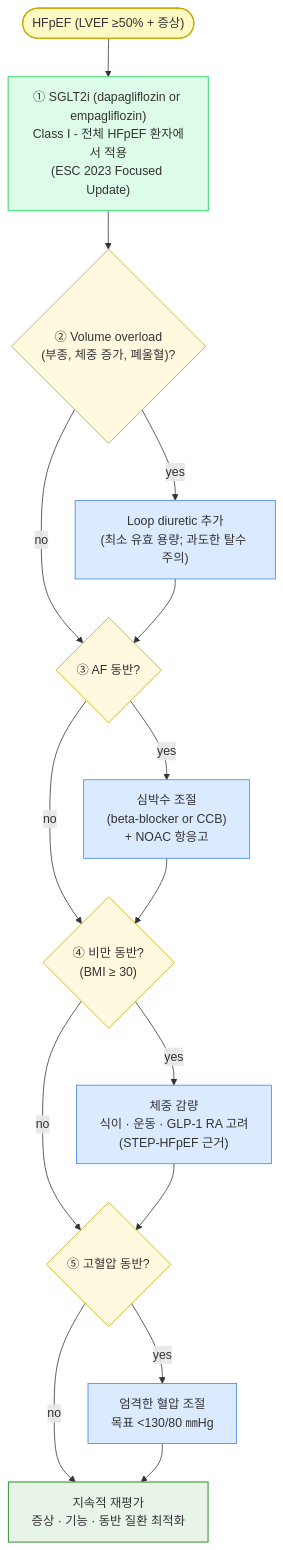
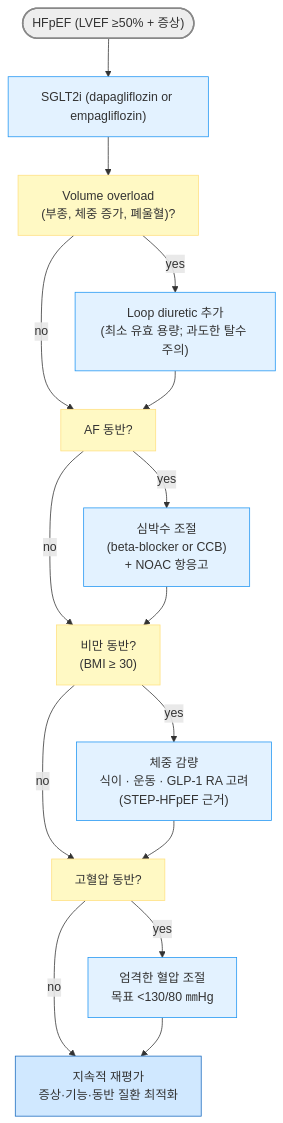
Before and after one commit to familyoh77/familyoh77: the sixth of 6 diagrams in 225_/098_-heart-failure.md, drawn with Mermaid. The commit also changed other lines of this file, not shown here.

````diff
--- a/225_/098_-heart-failure.md
+++ b/225_/098_-heart-failure.md
@@ -364,50 +364,40 @@
 ```mermaid
 flowchart TD
     START(["HFpEF (LVEF ≥50% + 증상)"])
-    style START fill:#fef9c3,stroke:#c8a800,stroke-width:1.5px
+    style START fill:#eeeeee,stroke:#888888,stroke-width:2px
+    SGLT2["SGLT2i (dapagliflozin or empagliflozin)"]
+    VOLUME["Volume overload\n(부종, 체중 증가, 폐울혈)?"]
+    DIURETIC["Loop diuretic 추가\n(최소 유효 용량; 과도한 탈수 주의)"]
 
-    SGLT2["① SGLT2i (dapagliflozin or empagliflozin)\nClass I - 전체 HFpEF 환자에서 적용\n(ESC 2023 Focused Update)"]
-    style SGLT2 fill:#dcfce7,stroke:#4ade80,stroke-width:1.5px
-
-    VOLUME{"② Volume overload\n(부종, 체중 증가, 폐울혈)?"}
-    style VOLUME fill:#fff9e0,stroke:#c8a800,stroke-width:1px
-
-    DIURETIC["Loop diuretic 추가\n(최소 유효 용량; 과도한 탈수 주의)"]
-    style DIURETIC fill:#dbeafe,stroke:#3b82f6,stroke-width:1px
-
-    AF{"③ AF 동반?"}
-    style AF fill:#fff9e0,stroke:#c8a800,stroke-width:1px
+    AF["AF 동반?"]
 
     RATE["심박수 조절\n(beta-blocker or CCB)\n+ NOAC 항응고"]
-    style RATE fill:#dbeafe,stroke:#3b82f6,stroke-width:1px
-
-    OBESITY{"④ 비만 동반?\n(BMI ≥ 30)"}
-    style OBESITY fill:#fff9e0,stroke:#c8a800,stroke-width:1px
+    OBESITY["비만 동반?\n(BMI ≥ 30)"]
 
     WEIGHT["체중 감량\n식이 · 운동 · GLP-1 RA 고려\n(STEP-HFpEF 근거)"]
-    style WEIGHT fill:#dbeafe,stroke:#3b82f6,stroke-width:1px
-
-    HTN{"⑤ 고혈압 동반?"}
-    style HTN fill:#fff9e0,stroke:#c8a800,stroke-width:1px
+    HTN["고혈압 동반?"]
 
     BPCTRL["엄격한 혈압 조절\n목표 <130/80 ㎜Hg"]
-    style BPCTRL fill:#dbeafe,stroke:#3b82f6,stroke-width:1px
+    CONT["지속적 재평가\n증상·기능·동반 질환 최적화"]
+    style CONT fill:#d0e8ff,stroke:#1a6abf
 
-    CONT["지속적 재평가\n증상 · 기능 · 동반 질환 최적화"]
-    style CONT fill:#e8f4e8,stroke:#4a9a4a,stroke-width:1.5px
+classDef yellow fill:#fff9c4,stroke:#ffe082
+class VOLUME,AF,OBESITY,HTN yellow
+classDef sky fill:#e3f2ff,stroke:#2196f3
+class SGLT2,DIURETIC,RATE,WEIGHT,BPCTRL sky
 
     START --> SGLT2
     SGLT2 --> VOLUME
     VOLUME -->|yes| DIURETIC
     VOLUME -->|no| AF
     DIURETIC --> AF
     AF -->|yes| RATE
     AF -->|no| OBESITY
     RATE --> OBESITY
     OBESITY -->|yes| WEIGHT
     OBESITY -->|no| HTN
     WEIGHT --> HTN
     HTN -->|yes| BPCTRL
     HTN -->|no| CONT
     BPCTRL --> CONT
 ```
````
